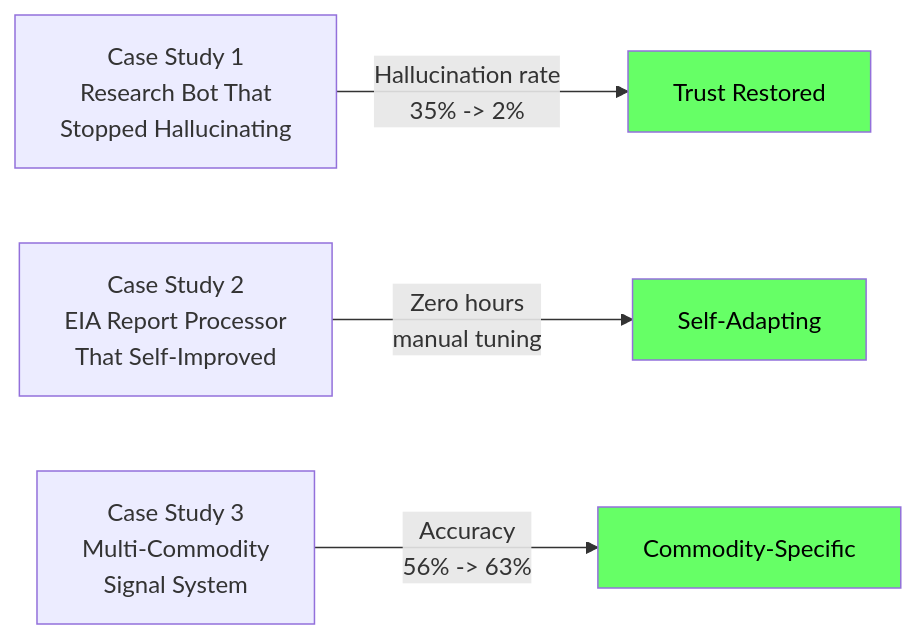
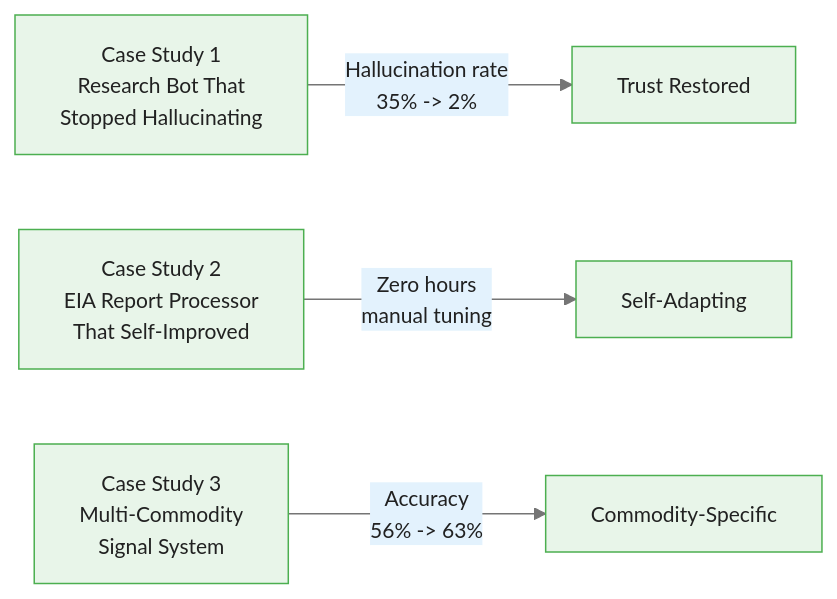
Before and after one commit to m-deane/course-creator: the first of 6 diagrams in courses/multi-armed-bandits-ab-testing/modules/module_08_prompt_routing_bandits/guides/04_commodity_research_assistant_slides.md, drawn with Mermaid. The commit also changed other lines of this file and 146 other files, not shown here.

````diff
--- a/courses/multi-armed-bandits-ab-testing/modules/module_08_prompt_routing_bandits/guides/04_commodity_research_assistant_slides.md
+++ b/courses/multi-armed-bandits-ab-testing/modules/module_08_prompt_routing_bandits/guides/04_commodity_research_assistant_slides.md
@@ -21,14 +21,11 @@
 ```mermaid
+%%{init: {"theme": "base", "themeVariables": {"primaryColor": "#e8f5e9", "primaryBorderColor": "#4caf50", "primaryTextColor": "#212121", "secondaryColor": "#e3f2fd", "tertiaryColor": "#fff8e1", "lineColor": "#757575", "fontFamily": "Inter, sans-serif", "fontSize": "14px"}}}%%
 flowchart LR
     CS1["Case Study 1<br/>Research Bot That<br/>Stopped Hallucinating"]
     CS2["Case Study 2<br/>EIA Report Processor<br/>That Self-Improved"]
     CS3["Case Study 3<br/>Multi-Commodity<br/>Signal System"]
 
     CS1 --> |"Hallucination rate<br/>35% -> 2%"| R1["Trust Restored"]
     CS2 --> |"Zero hours<br/>manual tuning"| R2["Self-Adapting"]
     CS3 --> |"Accuracy<br/>56% -> 63%"| R3["Commodity-Specific"]
-
-    style R1 fill:#6f6,color:#000
-    style R2 fill:#6f6,color:#000
-    style R3 fill:#6f6,color:#000
 ```
````
